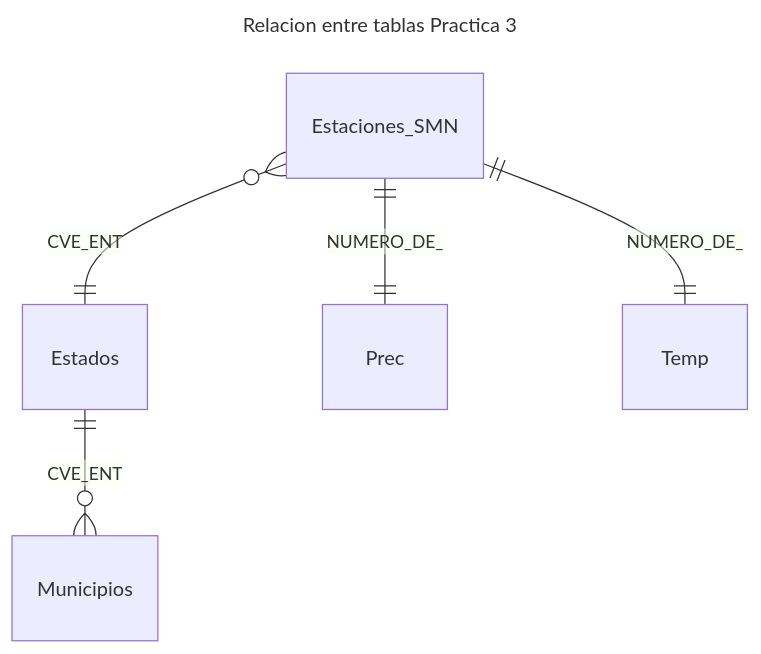
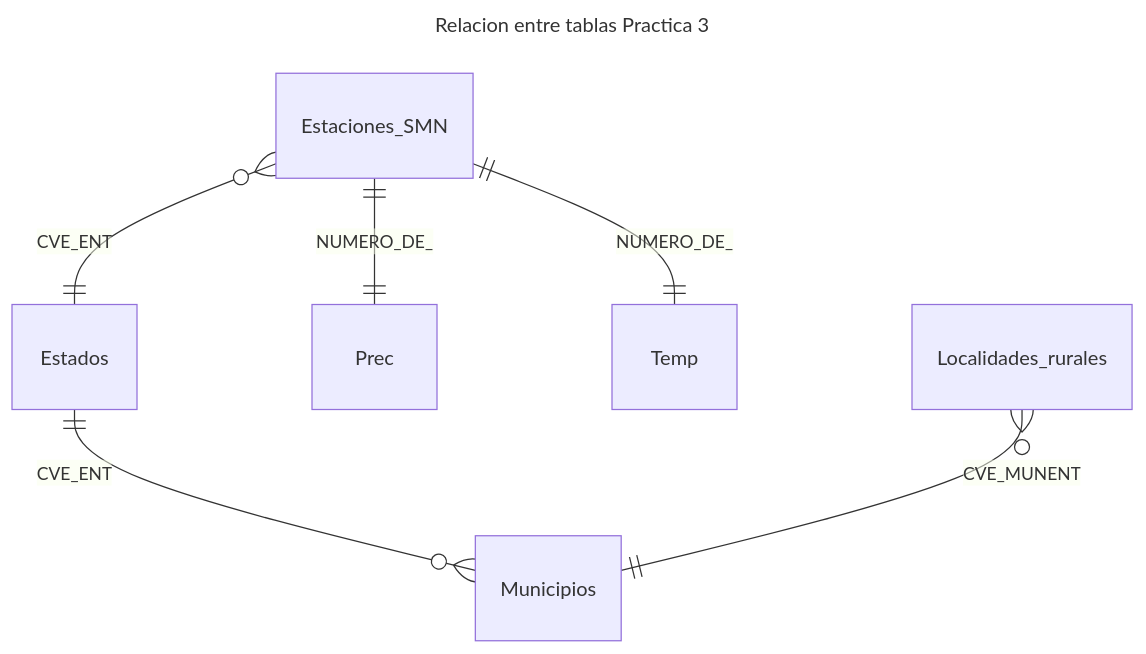
One commit to vshalisko/mixed_GIS_related_scripts changed the diagram in Clase_Metadatos/Practica_3_esquema_DB_relacional.mermaid. Above: the diagram before and after it, drawn with Mermaid.

```diff
--- a/Clase_Metadatos/Practica_3_esquema_DB_relacional.mermaid
+++ b/Clase_Metadatos/Practica_3_esquema_DB_relacional.mermaid
@@ -1,8 +1,9 @@
 ---
 title: Relacion entre tablas Practica 3
 ---
 erDiagram
   Estaciones_SMN }o--|| Estados : CVE_ENT
   Estaciones_SMN ||--|| Prec : NUMERO_DE_
   Estaciones_SMN ||--|| Temp : NUMERO_DE_
   Estados ||--o{ Municipios: CVE_ENT
+  Localidades_rurales }o--|| Municipios: CVE_MUNENT
```
